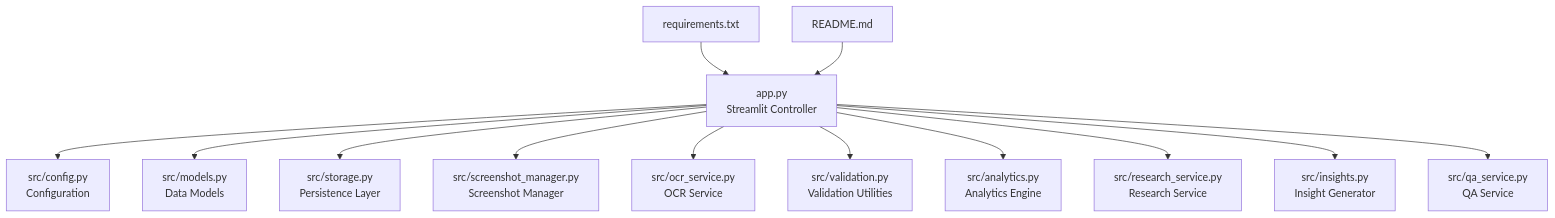
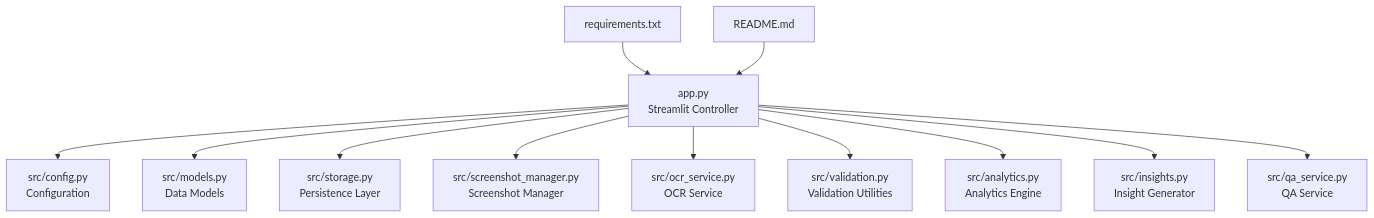
The first of 13 diagrams in .qoder/repowiki/en/content/Core Components/Application Controller.md (Johnny22056/SwimingStatus), drawn with Mermaid before and after one commit. The commit also changed other lines of this file and 4 other files, not shown here.

First line of the commit message:
feat: UI modernization - dark theme, KPI cards, chart subtitles, table & button styling

````diff
--- a/.qoder/repowiki/en/content/Core Components/Application Controller.md
+++ b/.qoder/repowiki/en/content/Core Components/Application Controller.md
@@ -51,15 +61,14 @@
 ```mermaid
 graph TB
 A["app.py<br/>Streamlit Controller"] --> B["src/config.py<br/>Configuration"]
 A --> C["src/models.py<br/>Data Models"]
 A --> D["src/storage.py<br/>Persistence Layer"]
 A --> E["src/screenshot_manager.py<br/>Screenshot Manager"]
 A --> F["src/ocr_service.py<br/>OCR Service"]
 A --> G["src/validation.py<br/>Validation Utilities"]
 A --> H["src/analytics.py<br/>Analytics Engine"]
-A --> I["src/research_service.py<br/>Research Service"]
-A --> J["src/insights.py<br/>Insight Generator"]
-A --> K["src/qa_service.py<br/>QA Service"]
-L["requirements.txt"] --> A
-M["README.md"] --> A
+A --> I["src/insights.py<br/>Insight Generator"]
+A --> J["src/qa_service.py<br/>QA Service"]
+K["requirements.txt"] --> A
+L["README.md"] --> A
 ```
````
